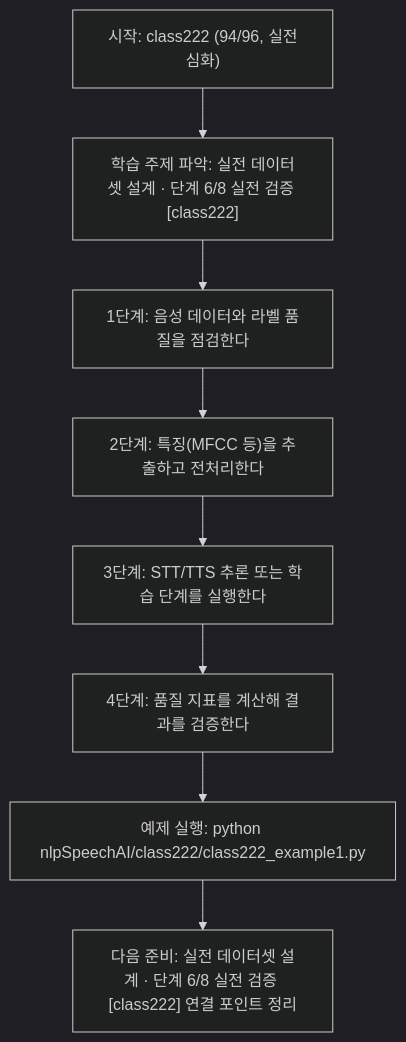
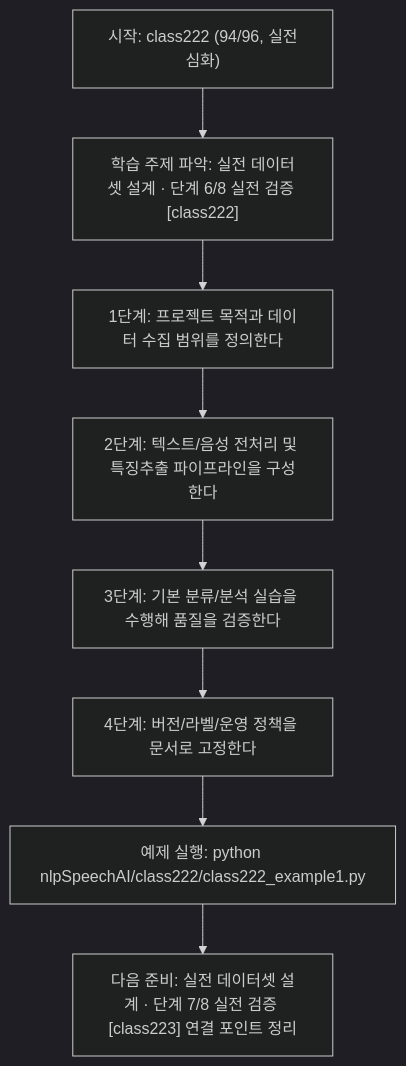
One commit to edumgt/Python-AI_Agent-Class changed the diagram in nlpSpeechAI/class222/class222.md. Above: the diagram before and after it, drawn with Mermaid (dark theme). The commit also changed other lines of this file and 1122 other files, not shown here.

````diff
--- a/nlpSpeechAI/class222/class222.md
+++ b/nlpSpeechAI/class222/class222.md
@@ -114,18 +95,18 @@
 ```mermaid
 flowchart TD
 N1["시작: class222 (94/96, 실전심화)"]
 N2["학습 주제 파악: 실전 데이터셋 설계 · 단계 6/8 실전 검증 [class222]"]
-N3["1단계: 음성 데이터와 라벨 품질을 점검한다"]
-N4["2단계: 특징(MFCC 등)을 추출하고 전처리한다"]
-N5["3단계: STT/TTS 추론 또는 학습 단계를 실행한다"]
-N6["4단계: 품질 지표를 계산해 결과를 검증한다"]
+N3["1단계: 프로젝트 목적과 데이터 수집 범위를 정의한다"]
+N4["2단계: 텍스트/음성 전처리 및 특징추출 파이프라인을 구성한다"]
+N5["3단계: 기본 분류/분석 실습을 수행해 품질을 검증한다"]
+N6["4단계: 버전/라벨/운영 정책을 문서로 고정한다"]
 N7["예제 실행: python nlpSpeechAI/class222/class222_example1.py"]
-N8["다음 준비: 실전 데이터셋 설계 · 단계 6/8 실전 검증 [class222] 연결 포인트 정리"]
+N8["다음 준비: 실전 데이터셋 설계 · 단계 7/8 실전 검증 [class223] 연결 포인트 정리"]
 N1 --> N2
 N2 --> N3
 N3 --> N4
 N4 --> N5
 N5 --> N6
 N6 --> N7
 N7 --> N8
 ```
````
